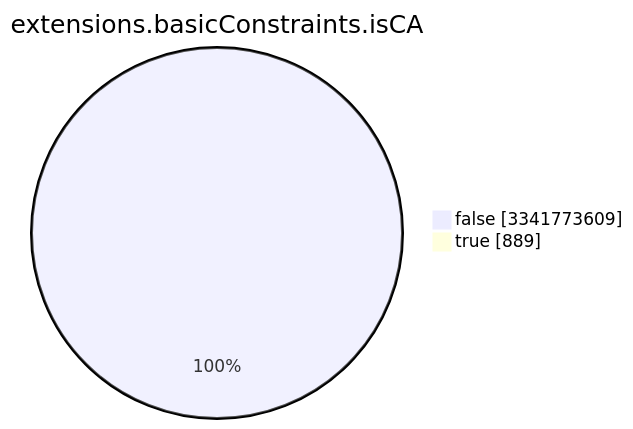
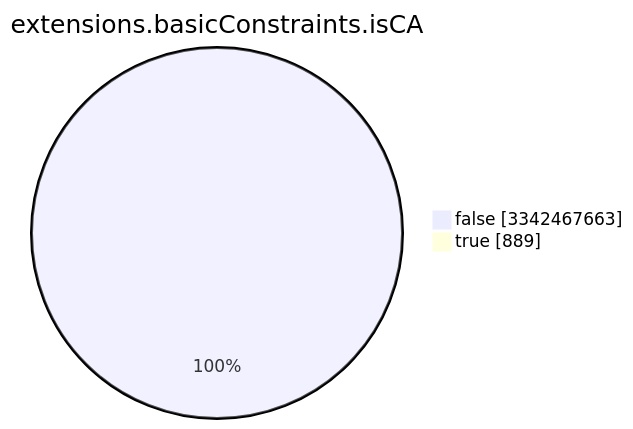
One commit to christiankrug/ctmonitor_visualization changed the seventh of 15 diagrams in TOTAL/README.md. Above: the diagram before and after it, drawn with Mermaid. The commit also changed other lines of this file, not shown here.

````diff
--- a/TOTAL/README.md
+++ b/TOTAL/README.md
@@ -3089,6 +3089,6 @@
 ```mermaid
 pie showData
 title extensions.basicConstraints.isCA
-"false" :3341773609
+"false" :3342467663
 "true" :889
 ```
````
